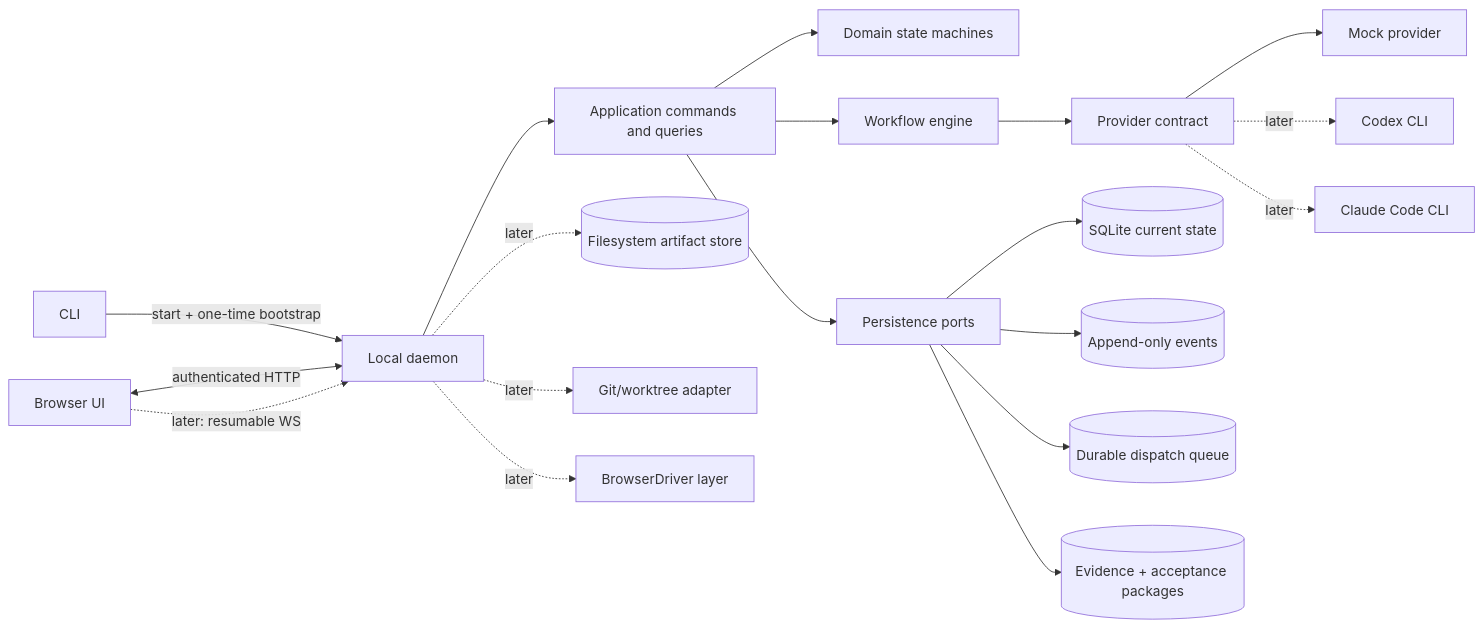
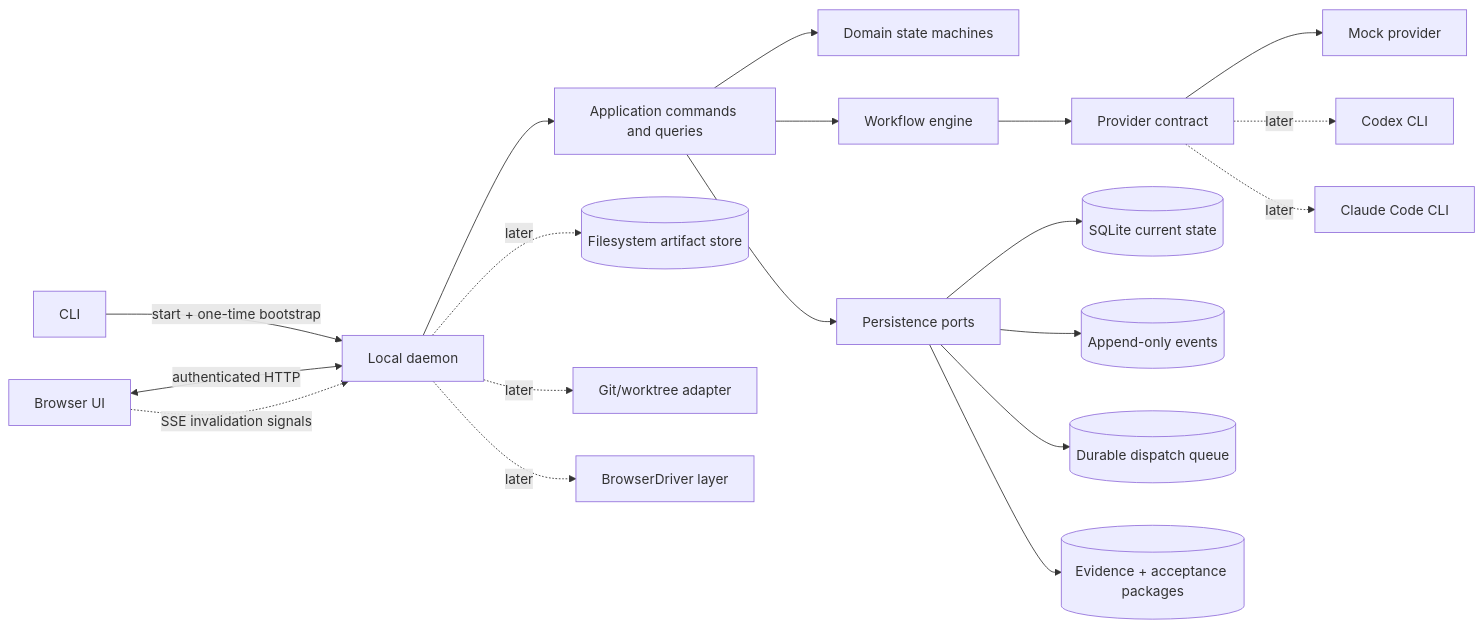
The first of 2 diagrams in docs/architecture/OVERVIEW.md (loomrail/loomrail), drawn with Mermaid before and after one commit. The commit also changed other lines of this file and 12 other files, not shown here.

````diff
--- a/docs/architecture/OVERVIEW.md
+++ b/docs/architecture/OVERVIEW.md
@@ -12,24 +12,24 @@
 ```mermaid
 flowchart LR
     CLI[CLI] -->|start + one-time bootstrap| D[Local daemon]
     UI[Browser UI] <-->|authenticated HTTP| D
-    UI -. later: resumable WS .-> D
+    UI -. SSE invalidation signals .-> D
 
     D --> APP[Application commands and queries]
     APP --> DOMAIN[Domain state machines]
     APP --> WF[Workflow engine]
     WF --> PC[Provider contract]
     PC --> MOCK[Mock provider]
     PC -. later .-> CODEX[Codex CLI]
     PC -. later .-> CLAUDE[Claude Code CLI]
 
     APP --> PORT[Persistence ports]
     PORT --> DB[(SQLite current state)]
     PORT --> EVT[(Append-only events)]
     PORT --> QUEUE[(Durable dispatch queue)]
     PORT --> EVIDENCE[(Evidence + acceptance packages)]
 
     D -. later .-> ART[(Filesystem artifact store)]
     D -. later .-> GIT[Git/worktree adapter]
     D -. later .-> BROWSER[BrowserDriver layer]
 ```
````
